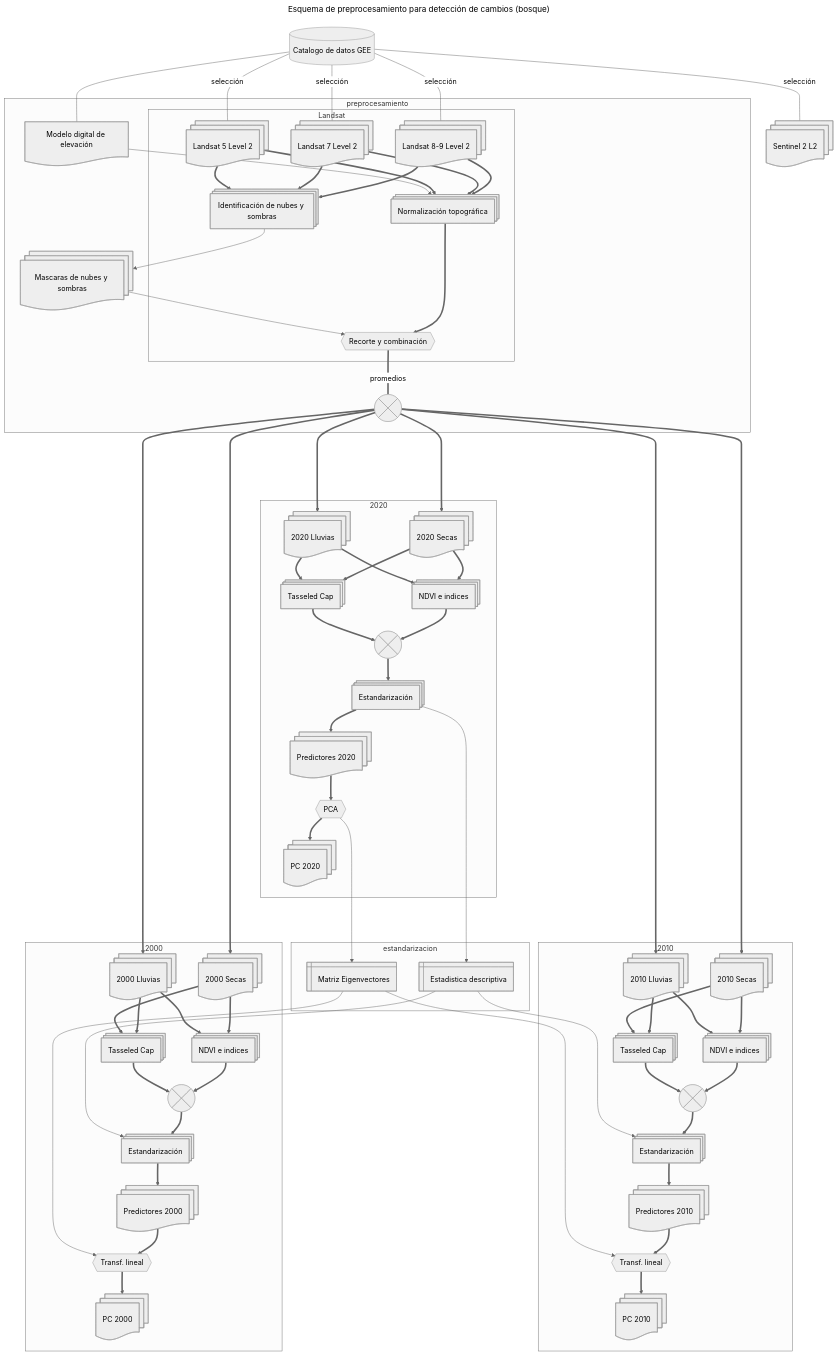
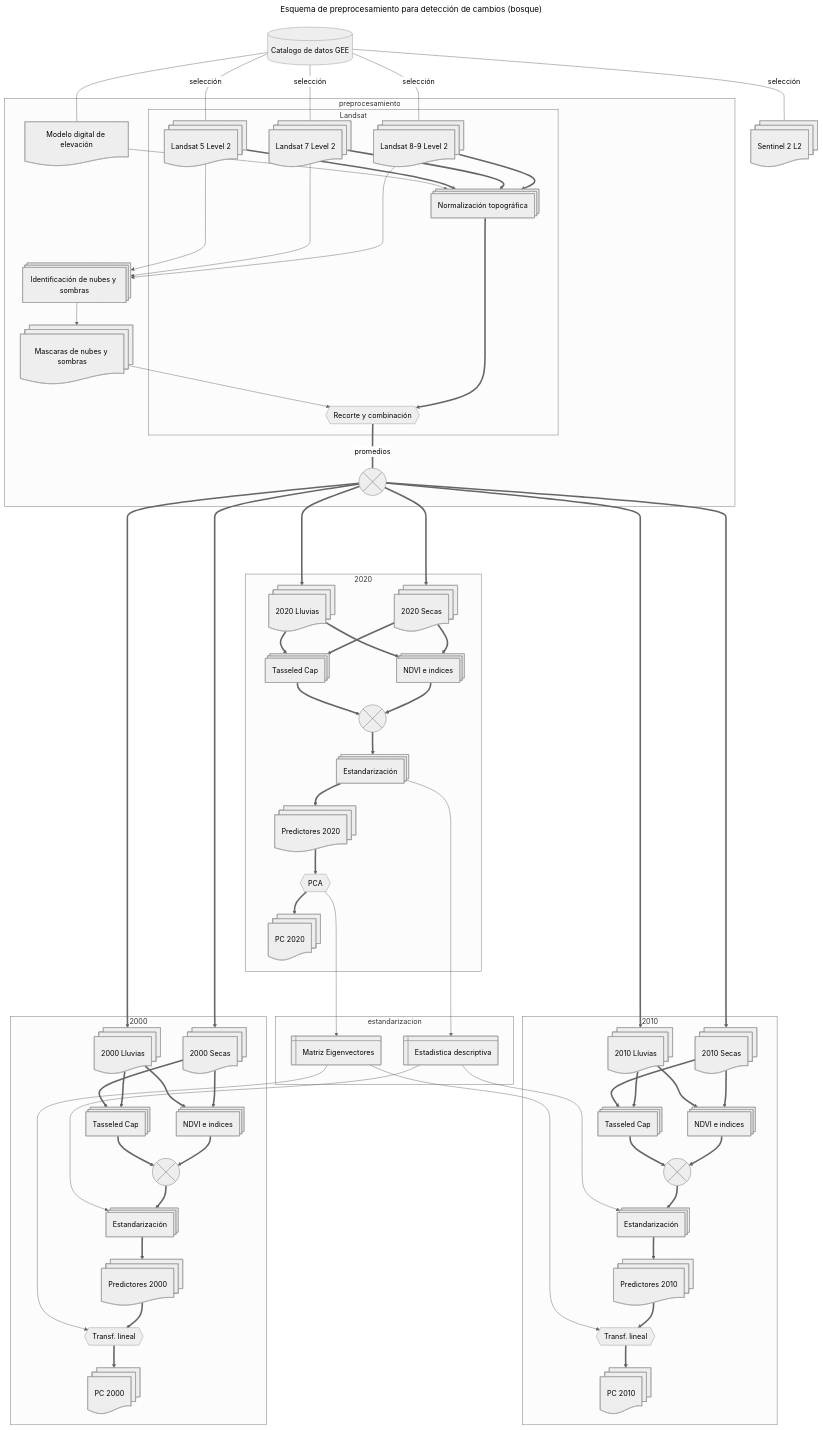
One commit to vshalisko/GEE changed the diagram in ANPs/Esquema_preprocesamiento.mermaid. Above: the diagram before and after it, drawn with Mermaid (neutral theme).

```diff
--- a/ANPs/Esquema_preprocesamiento.mermaid
+++ b/ANPs/Esquema_preprocesamiento.mermaid
@@ -1,133 +1,133 @@
 ---
 title: Esquema de preprocesamiento para detección de cambios (bosque)
 ---
 flowchart TD
     gee1[(Catalogo de datos GEE)]
     Landsat8@{ shape: docs, label: Landsat 8-9 Level 2}
     Landsat7@{ shape: docs, label: Landsat 7 Level 2}
     Landsat5@{ shape: docs, label: Landsat 5 Level 2}
     Sentinel2@{ shape: docs, label: Sentinel 2 L2}
     MDE@{ shape: doc, label: Modelo digital de elevación}
     
     INS@{ shape: procs, label: "Identificación de nubes y sombras"}
     MNS@{ shape: docs, label: "Mascaras de nubes y sombras"}
     NT@{ shape: procs, label: "Normalización topográfica"}
     Combinacion1@{ shape: hex, label: "Recorte y combinación" }
     Combinacion2@{ shape: cross-circ, label: "Promedios de bandas" }
 
     BSecas2000@{ shape: docs, label: 2000 Secas}
     BLluvias2000@{ shape: docs, label: 2000 Lluvias}
     BSecas2010@{ shape: docs, label: 2010 Secas}
     BLluvias2010@{ shape: docs, label: 2010 Lluvias}
     BSecas2020@{ shape: docs, label: 2020 Secas}
     BLluvias2020@{ shape: docs, label: 2020 Lluvias}
 
     IndVeg2000@{ shape: procs, label: "NDVI e indices"}
     IndVeg2010@{ shape: procs, label: "NDVI e indices"}
     IndVeg2020@{ shape: procs, label: "NDVI e indices"}
     Tass2000@{ shape: procs, label: "Tasseled Cap"}
     Tass2010@{ shape: procs, label: "Tasseled Cap"}
     Tass2020@{ shape: procs, label: "Tasseled Cap"}
 
     Comb2000@{ shape: cross-circ, label: "Combinación" }
     Comb2010@{ shape: cross-circ, label: "Combinación" }
     Comb2020@{ shape: cross-circ, label: "Combinación" }
 
     Est2000@{ shape: procs, label: "Estandarización"}
     Est2010@{ shape: procs, label: "Estandarización"}
     Est2020@{ shape: procs, label: "Estandarización"}
 
     Capas2000@{ shape: docs, label: "Predictores 2000"}
     Capas2010@{ shape: docs, label: "Predictores 2010"}
     Capas2020@{ shape: docs, label: "Predictores 2020"}
 
     PCA2020@{ shape: hex, label: "PCA"}
     TL2000@{ shape: hex, label: "Transf. lineal"}
     TL2010@{ shape: hex, label: "Transf. lineal"}
 
     CapasPCA2000@{ shape: docs, label: "PC 2000"}
     CapasPCA2010@{ shape: docs, label: "PC 2010"}
     CapasPCA2020@{ shape: docs, label: "PC 2020"}
 
     Estadisticas@{ shape: win-pane, label: "Estadistica descriptiva" }
     Eigenvectors@{ shape: win-pane, label: "Matriz Eigenvectores" }
 
     gee1---|selección|Landsat8
     gee1---|selección|Landsat7
     gee1---|selección|Landsat5
     gee1---|selección|Sentinel2
     gee1---MDE
 
     subgraph preprocesamiento
         subgraph Landsat
-            Landsat8==>INS
-            Landsat7==>INS
-            Landsat5==>INS
             Landsat8==>NT
             Landsat7==>NT
             Landsat5==>NT
             NT==>Combinacion1
         end
 
+        Landsat8---->INS
+        Landsat7---->INS
+        Landsat5---->INS
         MDE-->NT
         INS-->MNS
         MNS-->Combinacion1
         Combinacion1===|promedios|Combinacion2
         
     end
 
     Combinacion2====>BSecas2000
     Combinacion2====>BLluvias2000
     Combinacion2====>BSecas2010
     Combinacion2====>BLluvias2010
     Combinacion2====>BSecas2020
     Combinacion2====>BLluvias2020
 
     subgraph 2000
         BSecas2000==>IndVeg2000
         BLluvias2000==>Tass2000
         BLluvias2000==>IndVeg2000
         BSecas2000==>Tass2000
         IndVeg2000==>Comb2000
         Tass2000==>Comb2000
         Comb2000==>Est2000
         Est2000==>Capas2000
         Capas2000==>TL2000
         TL2000==>CapasPCA2000
     end
 
     subgraph 2010
         BSecas2010==>IndVeg2010
         BLluvias2010==>Tass2010
         BLluvias2010==>IndVeg2010
         BSecas2010==>Tass2010
         IndVeg2010==>Comb2010
         Tass2010==>Comb2010
         Comb2010==>Est2010
         Est2010==>Capas2010
         Capas2010==>TL2010
         TL2010==>CapasPCA2010
     end
 
     subgraph 2020
         BSecas2020==>IndVeg2020
         BSecas2020==>Tass2020
         BLluvias2020==>IndVeg2020
         BLluvias2020==>Tass2020
         IndVeg2020==>Comb2020
         Tass2020==>Comb2020
         Comb2020==>Est2020
         Est2020==>Capas2020
         Capas2020==>PCA2020
         PCA2020==>CapasPCA2020
     end
 
     subgraph estandarizacion
         Est2020---->Estadisticas
         Estadisticas---->Est2000
         Estadisticas---->Est2010
 
         PCA2020---->Eigenvectors
         Eigenvectors---->TL2000
         Eigenvectors---->TL2010
     end
```
